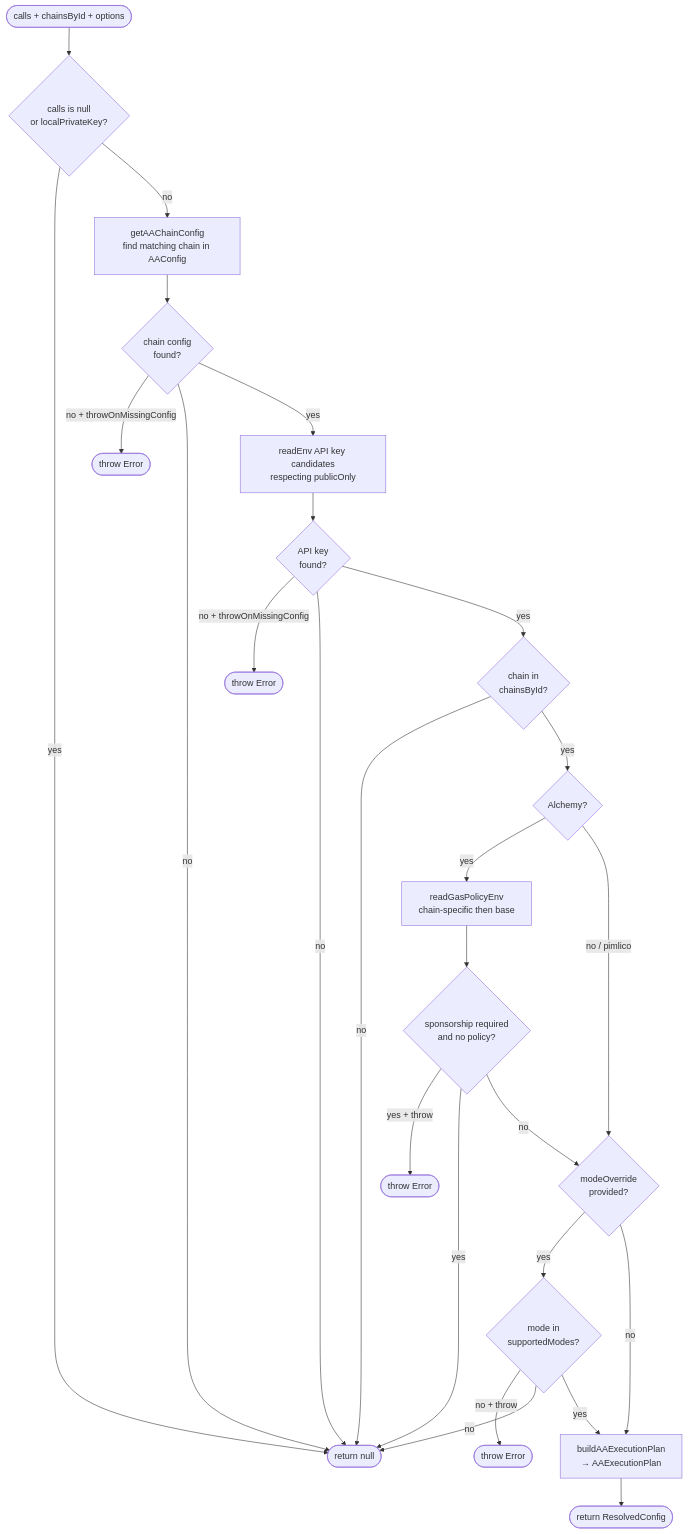
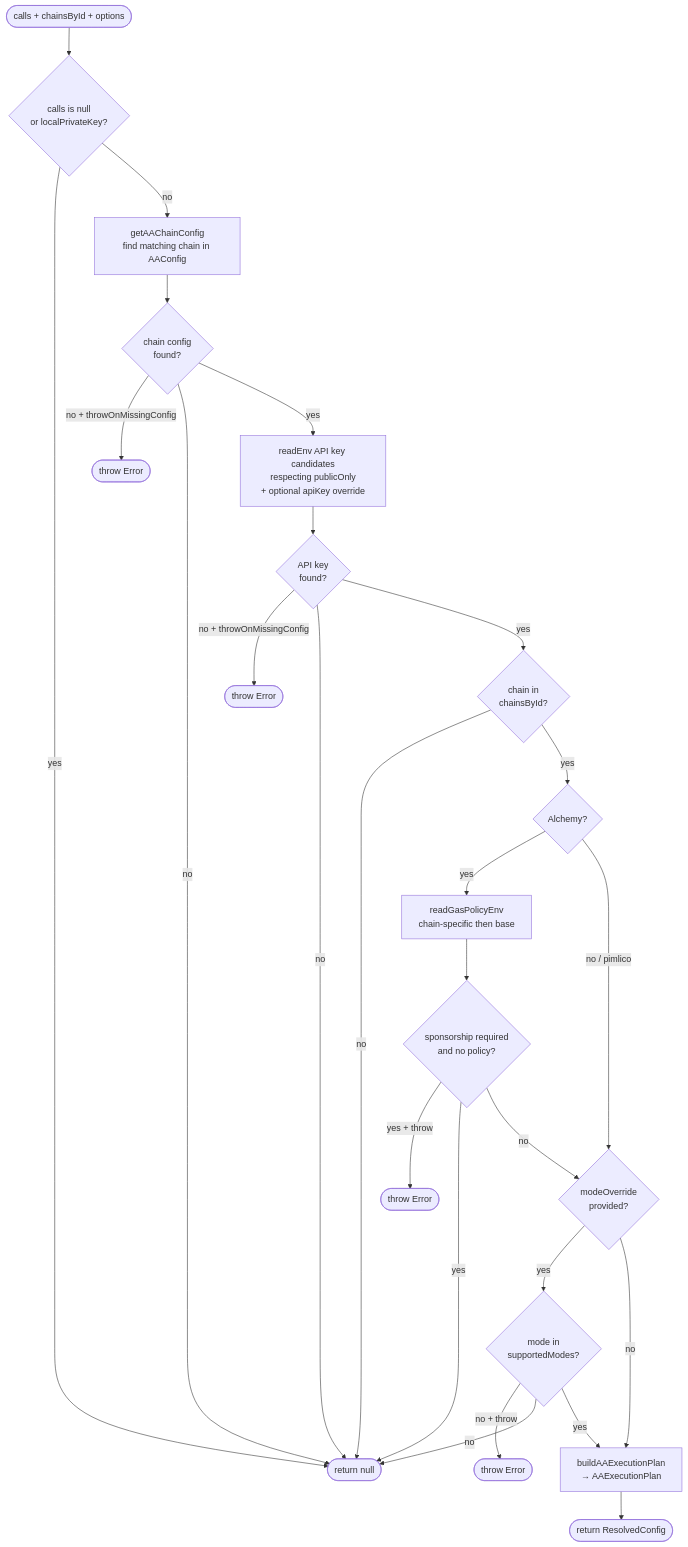
Before and after one commit to aomi-labs/aomi-widget: the third of 7 diagrams in specs/AA-ARCH.md, drawn with Mermaid. The commit also changed other lines of this file and 11 other files, not shown here.

````diff
--- a/specs/AA-ARCH.md
+++ b/specs/AA-ARCH.md
@@ -97,36 +124,36 @@
 ```mermaid
 flowchart TD
     START([calls + chainsById + options]) --> NULL_CHECK{calls is null<br/>or localPrivateKey?}
     NULL_CHECK -->|yes| RET_NULL([return null])
     NULL_CHECK -->|no| CHAIN_CFG[getAAChainConfig<br/>find matching chain in AAConfig]
 
     CHAIN_CFG --> CHAIN_OK{chain config<br/>found?}
     CHAIN_OK -->|no + throwOnMissingConfig| THROW1([throw Error])
     CHAIN_OK -->|no| RET_NULL
-    CHAIN_OK -->|yes| READ_KEY[readEnv API key candidates<br/>respecting publicOnly]
+    CHAIN_OK -->|yes| READ_KEY[readEnv API key candidates<br/>respecting publicOnly<br/>+ optional apiKey override]
 
     READ_KEY --> KEY_OK{API key<br/>found?}
     KEY_OK -->|no + throwOnMissingConfig| THROW2([throw Error])
     KEY_OK -->|no| RET_NULL
     KEY_OK -->|yes| CHAIN_LOOKUP{chain in<br/>chainsById?}
 
     CHAIN_LOOKUP -->|no| RET_NULL
     CHAIN_LOOKUP -->|yes| GAS{Alchemy?}
 
     GAS -->|yes| GAS_POL[readGasPolicyEnv<br/>chain-specific then base]
     GAS -->|no / pimlico| MODE_CHECK
 
     GAS_POL --> SPONSOR_CHECK{sponsorship required<br/>and no policy?}
     SPONSOR_CHECK -->|yes + throw| THROW3([throw Error])
     SPONSOR_CHECK -->|yes| RET_NULL
     SPONSOR_CHECK -->|no| MODE_CHECK
 
     MODE_CHECK{modeOverride<br/>provided?}
     MODE_CHECK -->|yes| VALIDATE_MODE{mode in<br/>supportedModes?}
     VALIDATE_MODE -->|no + throw| THROW4([throw Error])
     VALIDATE_MODE -->|no| RET_NULL
     VALIDATE_MODE -->|yes| BUILD_PLAN
     MODE_CHECK -->|no| BUILD_PLAN
 
     BUILD_PLAN[buildAAExecutionPlan<br/>→ AAExecutionPlan] --> RETURN([return ResolvedConfig])
 ```
````
